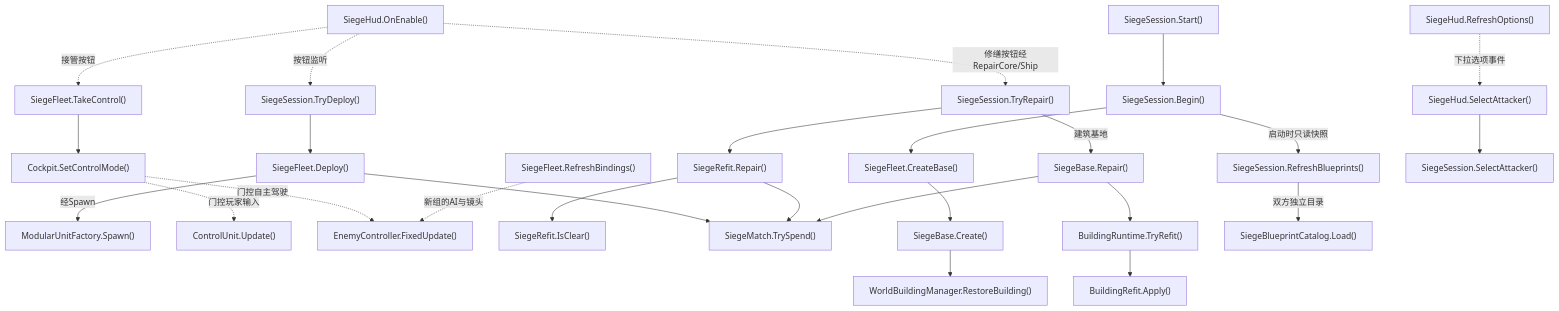
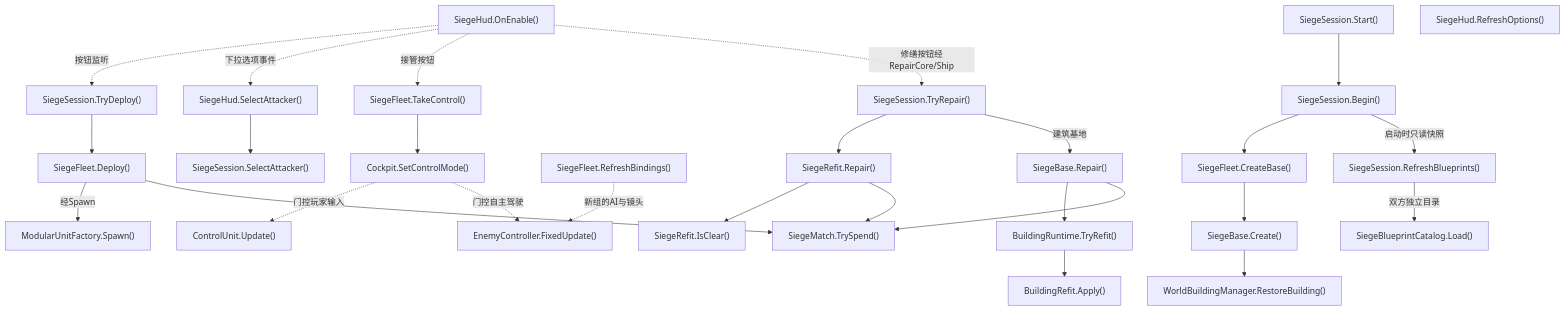
Diagram 33 of 41 in Docs/RuntimeFlow.md (kukudia/HY-Sandbox), drawn with Mermaid before and after one commit. The commit also changed other lines of this file and 22 other files, not shown here.

````diff
--- a/Docs/RuntimeFlow.md
+++ b/Docs/RuntimeFlow.md
@@ -3034,80 +3034,80 @@
 ```mermaid
 flowchart TD
     A["SiegeSession.Start()"]
-    click A "../Assets/Scripts/Features/Siege/SiegeSession.cs#L95" "打开源码"
+    click A "../Assets/Scripts/Features/Siege/SiegeSession.cs#L106" "打开源码"
     B["SiegeSession.Begin()"]
-    click B "../Assets/Scripts/Features/Siege/SiegeSession.cs#L105" "打开源码"
+    click B "../Assets/Scripts/Features/Siege/SiegeSession.cs#L116" "打开源码"
     C["SiegeFleet.CreateBase()"]
     click C "../Assets/Scripts/Features/Siege/SiegeFleet.cs#L30" "打开源码"
     D["SiegeSession.TryDeploy()"]
-    click D "../Assets/Scripts/Features/Siege/SiegeSession.cs#L148" "打开源码"
+    click D "../Assets/Scripts/Features/Siege/SiegeSession.cs#L164" "打开源码"
     E["SiegeFleet.Deploy()"]
     click E "../Assets/Scripts/Features/Siege/SiegeFleet.cs#L37" "打开源码"
     F["ModularUnitFactory.Spawn()"]
     click F "../Assets/Scripts/Features/Simulation/ModularUnitFactory.cs#L41" "打开源码"
     G["SiegeFleet.TakeControl()"]
     click G "../Assets/Scripts/Features/Siege/SiegeFleet.cs#L84" "打开源码"
     H["Cockpit.SetControlMode()"]
     click H "../Assets/Scripts/Features/Simulation/Cockpit.cs#L20" "打开源码"
     I["ControlUnit.Update()"]
     click I "../Assets/Scripts/Features/Simulation/ControlUnit.cs#L113" "打开源码"
     J["EnemyController.FixedUpdate()"]
     click J "../Assets/Scripts/Features/Combat/EnemyController.cs#L40" "打开源码"
     K["SiegeFleet.RefreshBindings()"]
     click K "../Assets/Scripts/Features/Siege/SiegeFleet.cs#L153" "打开源码"
     L["SiegeSession.TryRepair()"]
-    click L "../Assets/Scripts/Features/Siege/SiegeSession.cs#L161" "打开源码"
+    click L "../Assets/Scripts/Features/Siege/SiegeSession.cs#L177" "打开源码"
     M["SiegeRefit.Repair()"]
     click M "../Assets/Scripts/Features/Siege/SiegeRefit.cs#L115" "打开源码"
     N["SiegeRefit.IsClear()"]
     click N "../Assets/Scripts/Features/Siege/SiegeRefit.cs#L9" "打开源码"
     O["SiegeMatch.TrySpend()"]
     click O "../Assets/Scripts/Features/Siege/SiegeMatch.cs#L123" "打开源码"
     P["SiegeHud.OnEnable()"]
     click P "../Assets/Scripts/Features/Siege/SiegeHud.cs#L44" "打开源码"
     Q["SiegeBase.Create()"]
     click Q "../Assets/Scripts/Features/Siege/SiegeBase.cs#L35" "打开源码"
     R["WorldBuildingManager.RestoreBuilding()"]
     click R "../Assets/Scripts/Features/World/WorldBuildingManager.cs#L126" "打开源码"
     S["SiegeBase.Repair()"]
     click S "../Assets/Scripts/Features/Siege/SiegeBase.cs#L98" "打开源码"
     T["BuildingRuntime.TryRefit()"]
     click T "../Assets/Scripts/Features/World/BuildingRuntime.cs#L37" "打开源码"
     U["BuildingRefit.Apply()"]
     click U "../Assets/Scripts/Features/World/BuildingRefit.cs#L9" "打开源码"
     V["SiegeSession.RefreshBlueprints()"]
-    click V "../Assets/Scripts/Features/Siege/SiegeSession.cs#L43" "打开源码"
+    click V "../Assets/Scripts/Features/Siege/SiegeSession.cs#L54" "打开源码"
     W["SiegeBlueprintCatalog.Load()"]
     click W "../Assets/Scripts/Features/Siege/SiegeBlueprintCatalog.cs#L10" "打开源码"
     X["SiegeHud.RefreshOptions()"]
-    click X "../Assets/Scripts/Features/Siege/SiegeHud.cs#L159" "打开源码"
+    click X "../Assets/Scripts/Features/Siege/SiegeHud.cs#L164" "打开源码"
     Y["SiegeHud.SelectAttacker()"]
-    click Y "../Assets/Scripts/Features/Siege/SiegeHud.cs#L195" "打开源码"
+    click Y "../Assets/Scripts/Features/Siege/SiegeHud.cs#L200" "打开源码"
     Z["SiegeSession.SelectAttacker()"]
-    click Z "../Assets/Scripts/Features/Siege/SiegeSession.cs#L35" "打开源码"
+    click Z "../Assets/Scripts/Features/Siege/SiegeSession.cs#L46" "打开源码"
     A --> B
     B --> C
     C --> Q
     Q --> R
     P -.->|按钮监听| D
     D --> E
     B -->|启动时只读快照| V
     V -->|双方独立目录| W
-    X -.->|下拉选项事件| Y
+    P -.->|下拉选项事件| Y
     Y --> Z
     E -->|经Spawn| F
     E --> O
     P -.->|接管按钮| G
     G --> H
     H -.->|门控玩家输入| I
     H -.->|门控自主驾驶| J
     K -.->|新组的AI与镜头| J
     P -.->|修缮按钮经RepairCore/Ship| L
     L --> M
     M --> N
     M --> O
     L -->|建筑基地| S
     S --> T
     T --> U
     S --> O
 ```
````
